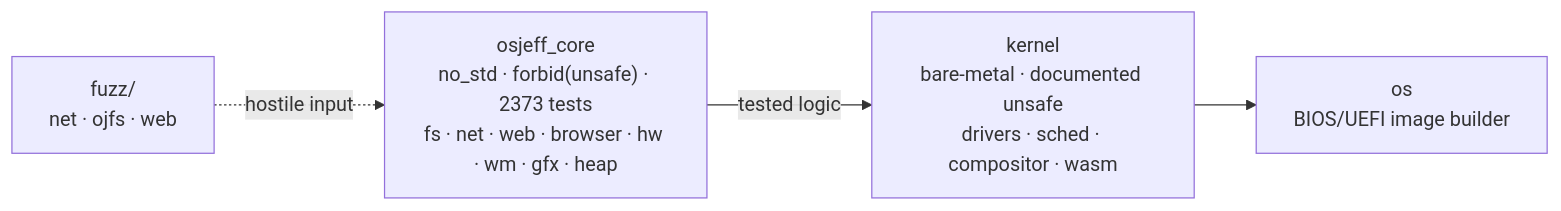
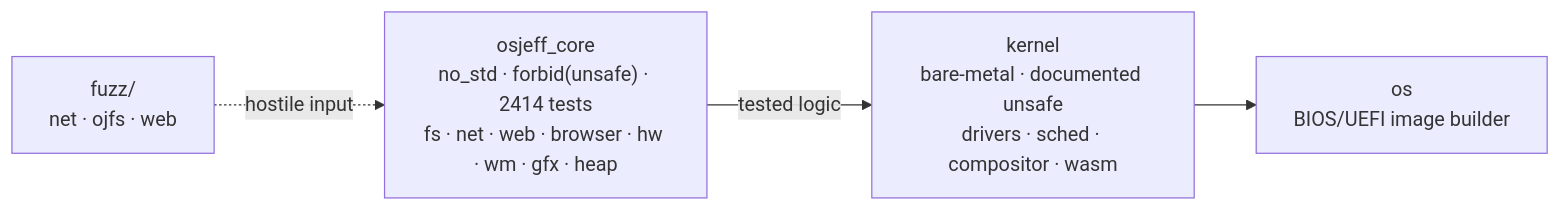
The diagram in README.en.md (Jeffinp/OSjeff), drawn with Mermaid before and after one commit. The commit also changed other lines of this file and 19 other files, not shown here.

First line of the commit message:
docs: UI design system, architecture, tests and numbers, new screenshots, changelog

````diff
--- a/README.en.md
+++ b/README.en.md
@@ -92,9 +98,9 @@
 ```mermaid
 flowchart LR
-    CORE["osjeff_core<br/>no_std · forbid(unsafe) · 2373 tests<br/>fs · net · web · browser · hw · wm · gfx · heap"]
+    CORE["osjeff_core<br/>no_std · forbid(unsafe) · 2414 tests<br/>fs · net · web · browser · hw · wm · gfx · heap"]
     KERNEL["kernel<br/>bare-metal · documented unsafe<br/>drivers · sched · compositor · wasm"]
     OS["os<br/>BIOS/UEFI image builder"]
     FUZZ["fuzz/<br/>net · ojfs · web"]
     CORE -->|tested logic| KERNEL --> OS
     FUZZ -.->|hostile input| CORE
 ```
````
